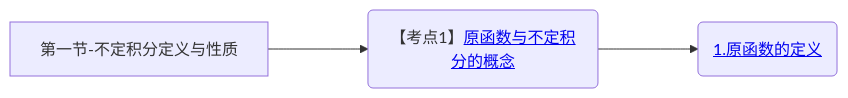
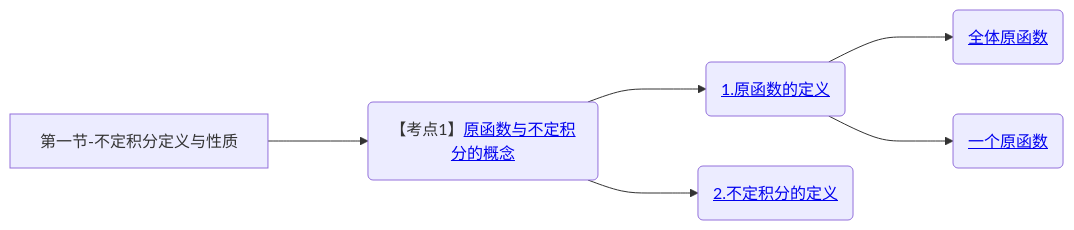
Diagram 17 of 17 in 笔记/数学/周洋鑫/01.基础班思维导图.md (yuebinghui/note), drawn with Mermaid before and after one commit. The commit also changed 13 other files, not shown here.

````diff
--- a/笔记/数学/周洋鑫/01.基础班思维导图.md
+++ b/笔记/数学/周洋鑫/01.基础班思维导图.md
@@ -597,7 +597,10 @@
 ```mermaid
 graph LR
 第一节-不定积分定义与性质
 
 第一节-不定积分定义与性质--->原函数与不定积分的概念(【考点1】<a href="/Users/yuebinghui/Documents/program/github/note/笔记/数学/周洋鑫/基础班/18.不定积分_1.md#原函数与不定积分的概念">原函数与不定积分的概念</>)
 原函数与不定积分的概念--->1.原函数的定义(<a href="/Users/yuebinghui/Documents/program/github/note/笔记/数学/周洋鑫/基础班/18.不定积分_1.md#1.原函数的定义">1.原函数的定义</>)
+1.原函数的定义--->全体原函数(<a href="/Users/yuebinghui/Documents/program/github/note/笔记/数学/周洋鑫/基础班/18.不定积分_1.md#全体原函数">全体原函数</>)
+1.原函数的定义--->一个原函数(<a href="/Users/yuebinghui/Documents/program/github/note/笔记/数学/周洋鑫/基础班/18.不定积分_1.md#一个原函数">一个原函数</>)
+原函数与不定积分的概念--->2.不定积分的定义(<a href="/Users/yuebinghui/Documents/program/github/note/笔记/数学/周洋鑫/基础班/18.不定积分_1.md#2.不定积分的定义">2.不定积分的定义</>)
 ```
````
